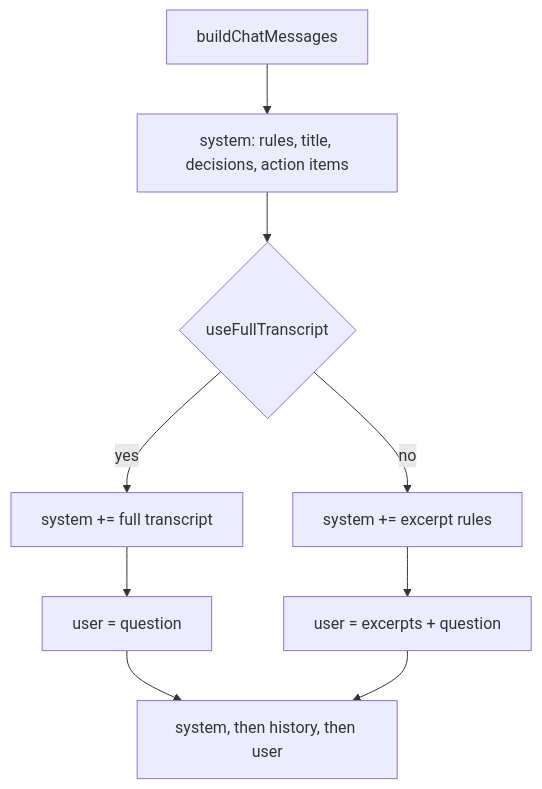
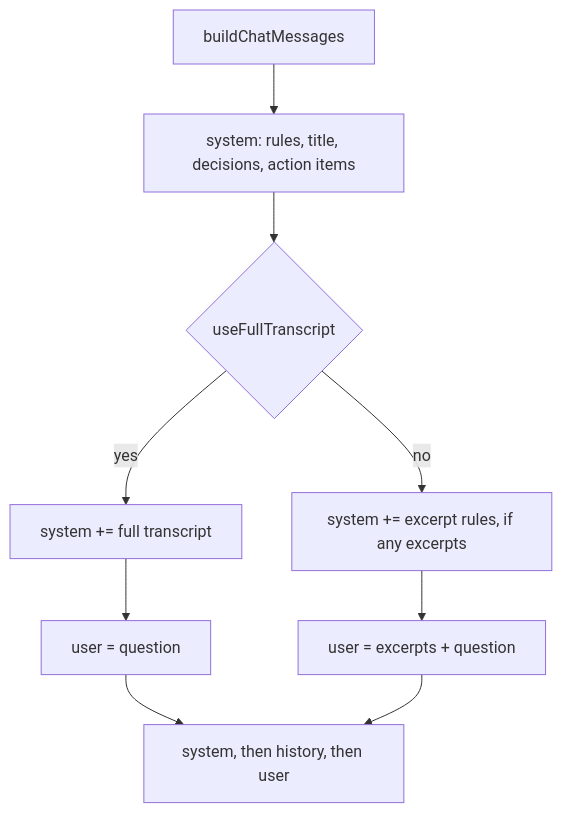
The fourth of 4 diagrams in docs/flows/retrieval.md (adamrefaey/meeting-intelligence), drawn with Mermaid before and after one commit. The commit also changed other lines of this file and 3 other files, not shown here.

First line of the commit message:
refactor: update README and documentation for ingestion and retrieval flows

````diff
--- a/docs/flows/retrieval.md
+++ b/docs/flows/retrieval.md
@@ -78,15 +87,15 @@
 ```mermaid
 flowchart TD
   start["buildChatMessages"]
   sys["system: rules, title, decisions, action items"]
   full{"useFullTranscript"}
   sysTranscript["system += full transcript"]
-  sysExcerpt["system += excerpt rules"]
+  sysExcerpt["system += excerpt rules, if any excerpts"]
   userFull["user = question"]
   userChunks["user = excerpts + question"]
   msgs["system, then history, then user"]
 
   start --> sys --> full
   full -->|yes| sysTranscript --> userFull --> msgs
   full -->|no| sysExcerpt --> userChunks --> msgs
 ```
````
